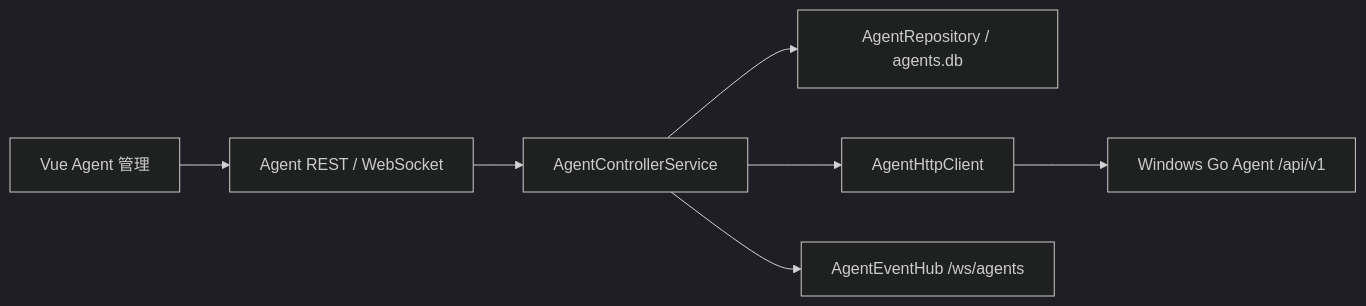
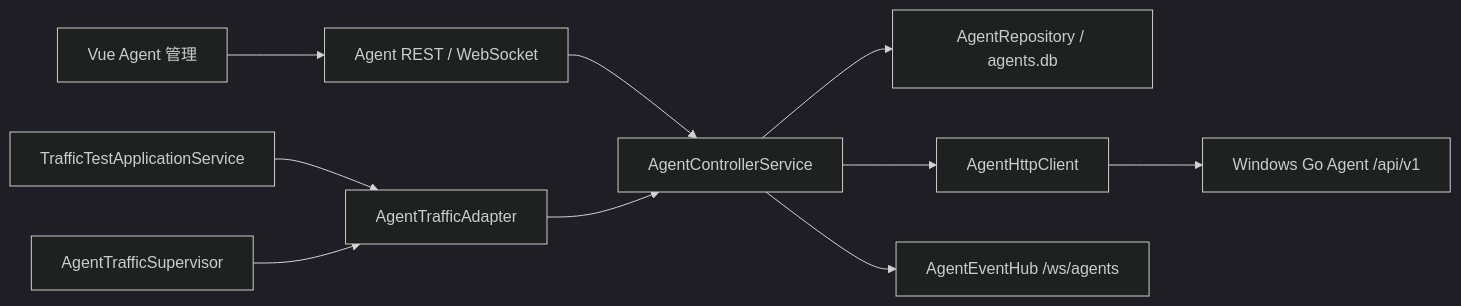
Before and after one commit to wxj183589/NetConsole: the diagram in docs/AGENT_CONTROLLER.md, drawn with Mermaid (dark theme). The commit also changed other lines of this file and 38 other files, not shown here.

````diff
--- a/docs/AGENT_CONTROLLER.md
+++ b/docs/AGENT_CONTROLLER.md
@@ -7,9 +7,12 @@
 ```mermaid
 flowchart LR
     UI["Vue Agent 管理"] --> API["Agent REST / WebSocket"]
     API --> CTRL["AgentControllerService"]
     CTRL --> REPO["AgentRepository / agents.db"]
     CTRL --> CLIENT["AgentHttpClient"]
     CLIENT --> GO["Windows Go Agent /api/v1"]
     CTRL --> HUB["AgentEventHub /ws/agents"]
+    TRAFFIC["TrafficTestApplicationService"] --> ADAPTER["AgentTrafficAdapter"]
+    ADAPTER --> CTRL
+    SUP["AgentTrafficSupervisor"] --> ADAPTER
 ```
````
